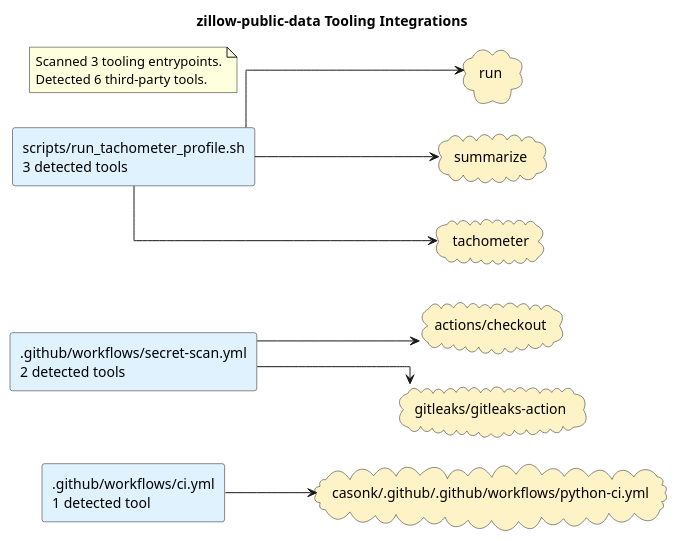
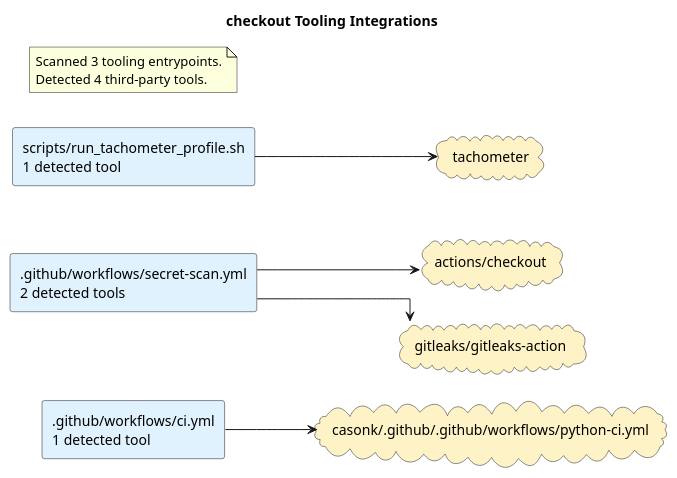
The diagram in docs/diagrams/tooling-integrations.puml (casonk/zillow-public-data), drawn with PlantUML before and after one commit. The commit also changed 9 other files, not shown here.

Commit message:
docs: refresh generated architecture diagrams (#10)

```diff
--- a/docs/diagrams/tooling-integrations.puml
+++ b/docs/diagrams/tooling-integrations.puml
@@ -1,27 +1,23 @@
 @startuml
-title zillow-public-data Tooling Integrations
+title checkout Tooling Integrations
 left to right direction
 skinparam shadowing false
 skinparam defaultFontName Monospace
 skinparam componentStyle rectangle
 skinparam linetype ortho
 rectangle ".github/workflows/ci.yml\n1 detected tool" as source_github_workflows_ci_yml #E0F2FE
 rectangle ".github/workflows/secret-scan.yml\n2 detected tools" as source_github_workflows_secret_scan_yml #E0F2FE
-rectangle "scripts/run_tachometer_profile.sh\n3 detected tools" as source_scripts_run_tachometer_profile_sh #E0F2FE
+rectangle "scripts/run_tachometer_profile.sh\n1 detected tool" as source_scripts_run_tachometer_profile_sh #E0F2FE
 cloud "actions/checkout" as tool_actions_checkout #FEF3C7
 cloud "casonk/.github/.github/workflows/python-ci.yml" as tool_casonk_github_github_workflows_python_ci_yml #FEF3C7
 cloud "gitleaks/gitleaks-action" as tool_gitleaks_gitleaks_action #FEF3C7
-cloud "run" as tool_run #FEF3C7
-cloud "summarize" as tool_summarize #FEF3C7
 cloud "tachometer" as tool_tachometer #FEF3C7
 source_github_workflows_ci_yml --> tool_casonk_github_github_workflows_python_ci_yml
 source_github_workflows_secret_scan_yml --> tool_actions_checkout
 source_github_workflows_secret_scan_yml --> tool_gitleaks_gitleaks_action
-source_scripts_run_tachometer_profile_sh --> tool_run
-source_scripts_run_tachometer_profile_sh --> tool_summarize
 source_scripts_run_tachometer_profile_sh --> tool_tachometer
 note as toolingGraphSummary
 Scanned 3 tooling entrypoints.
-Detected 6 third-party tools.
+Detected 4 third-party tools.
 end note
 @enduml
```
